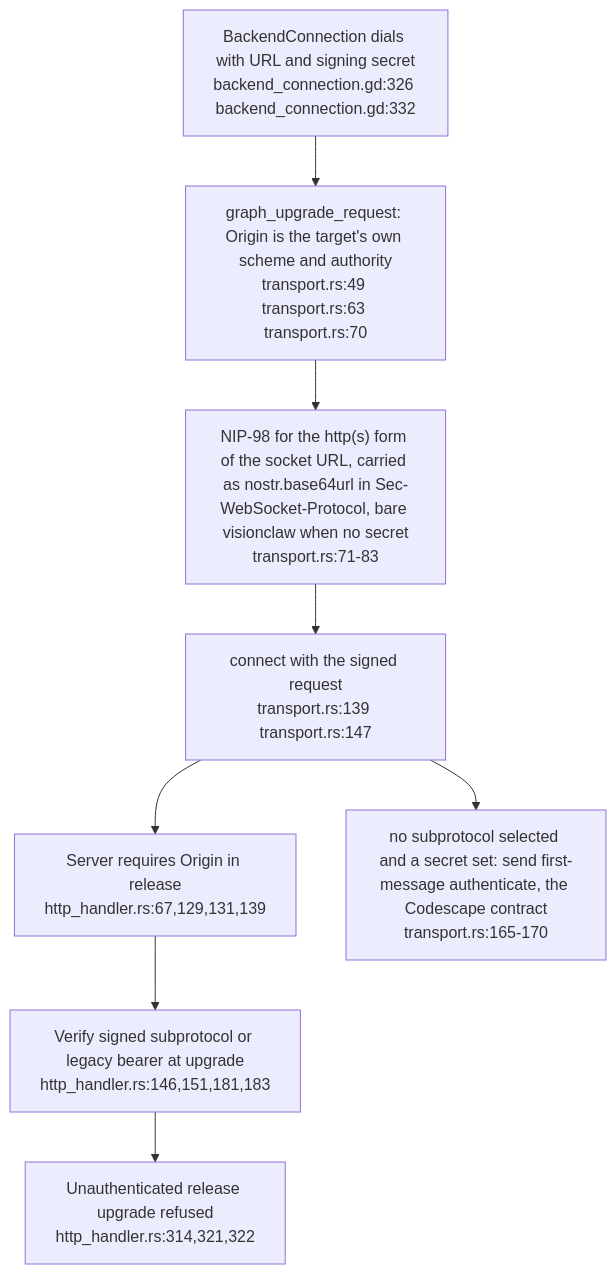
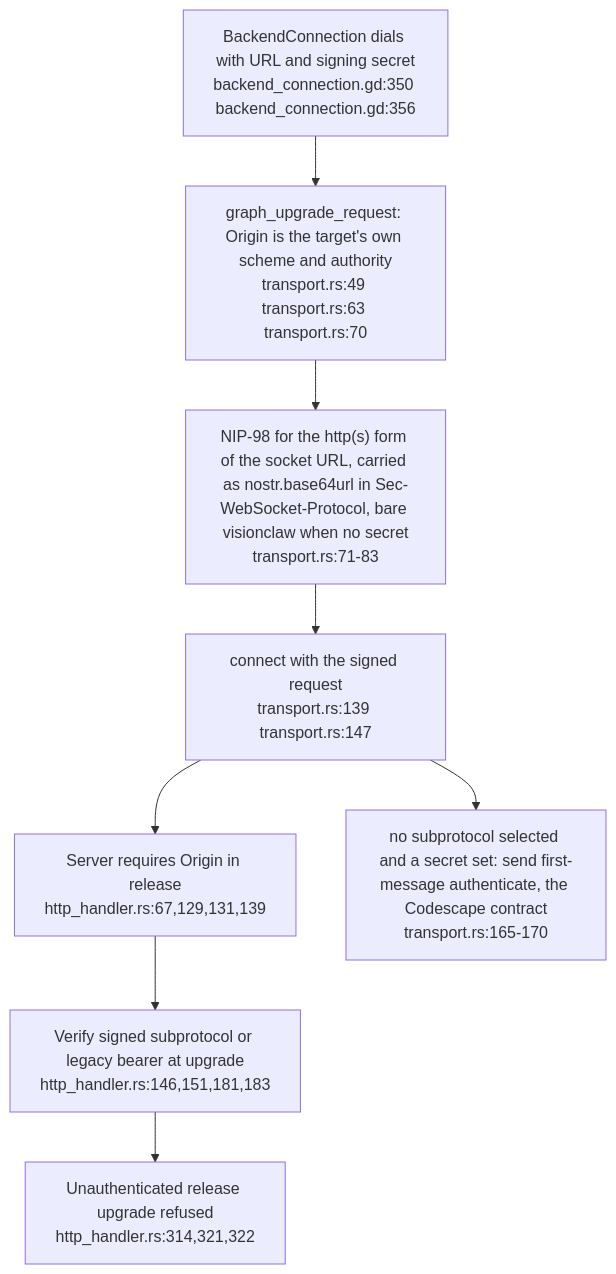
The first of 3 diagrams in docs/diagrams/visionclaw/48-dataspace-federation-prerequisites.md (DreamLab-AI/VisionFlow), drawn with Mermaid before and after one commit. The commit also changed other lines of this file and 49 other files, not shown here.

First line of the commit message:
docs(diagrams): re-derive and re-stamp VisionClaw, estate, knowledge-graph, visionGraph, VisionFlow and sidestr topics

````diff
--- a/docs/diagrams/visionclaw/48-dataspace-federation-prerequisites.md
+++ b/docs/diagrams/visionclaw/48-dataspace-federation-prerequisites.md
@@ -33,10 +33,10 @@
 ```mermaid
 flowchart TD
-    DIAL["BackendConnection dials with URL and signing secret<br/>backend_connection.gd:326 backend_connection.gd:332"] --> REQ["graph_upgrade_request: Origin is the target's own scheme and authority<br/>transport.rs:49 transport.rs:63 transport.rs:70"]
+    DIAL["BackendConnection dials with URL and signing secret<br/>backend_connection.gd:350 backend_connection.gd:356"] --> REQ["graph_upgrade_request: Origin is the target's own scheme and authority<br/>transport.rs:49 transport.rs:63 transport.rs:70"]
     REQ --> CAR["NIP-98 for the http(s) form of the socket URL, carried as nostr.base64url in Sec-WebSocket-Protocol, bare visionclaw when no secret<br/>transport.rs:71-83"]
     CAR --> CONN["connect with the signed request<br/>transport.rs:139 transport.rs:147"]
     CONN --> ORIGIN["Server requires Origin in release<br/>http_handler.rs:67,129,131,139"]
     ORIGIN --> AUTH["Verify signed subprotocol or legacy bearer at upgrade<br/>http_handler.rs:146,151,181,183"]
     AUTH --> DENY["Unauthenticated release upgrade refused<br/>http_handler.rs:314,321,322"]
     CONN --> FB["no subprotocol selected and a secret set: send first-message authenticate, the Codescape contract<br/>transport.rs:165-170"]
 ```
````
